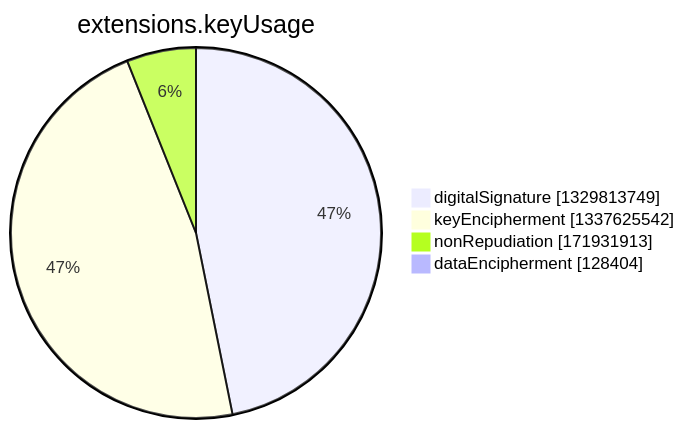
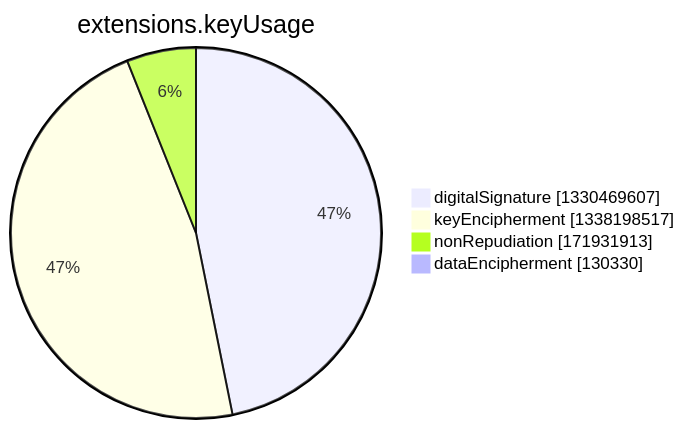
The seventh of 15 diagrams in argon2022/README.md (christiankrug/ctmonitor_visualization), drawn with Mermaid before and after one commit. The commit also changed other lines of this file, not shown here.

````diff
--- a/argon2022/README.md
+++ b/argon2022/README.md
@@ -2750,8 +2750,8 @@
 ```mermaid
 pie showData
 title extensions.keyUsage
-"digitalSignature" :1329813749
-"keyEncipherment" :1337625542
+"digitalSignature" :1330469607
+"keyEncipherment" :1338198517
 "nonRepudiation" :171931913
-"dataEncipherment" :128404
+"dataEncipherment" :130330
 ```
````
